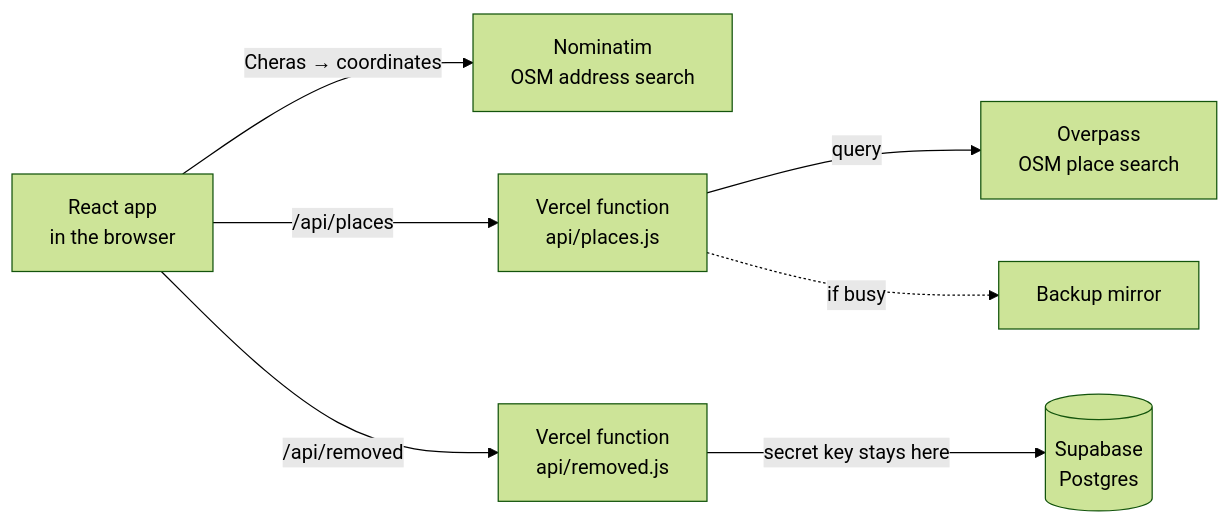
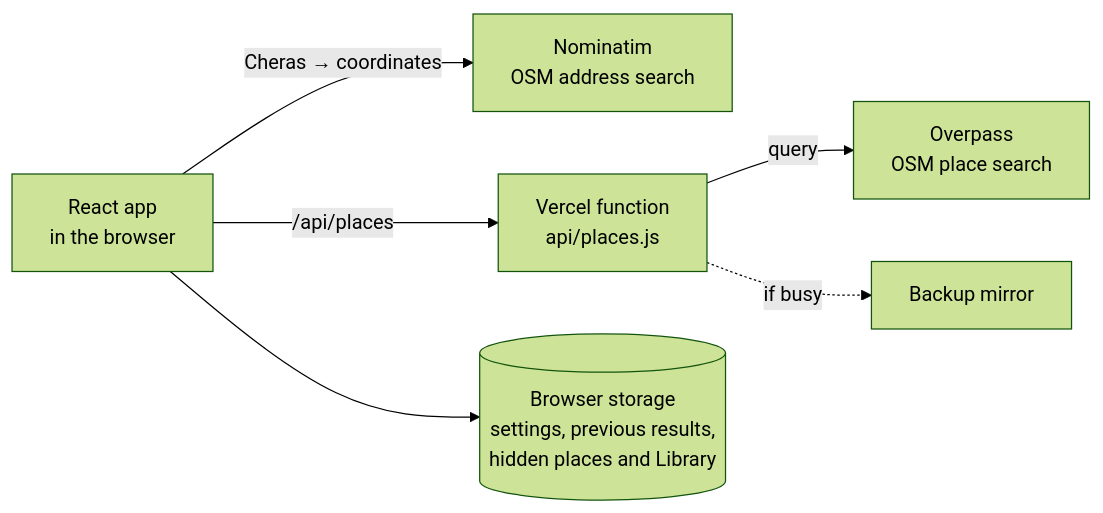
Before and after one commit to jimmyytai0619/makan-picker: the diagram in README.md, drawn with Mermaid (forest theme). The commit also changed other lines of this file and 38 other files, not shown here.

Commit message:
Improve search accuracy and fix swipe and saved-place flows

````diff
--- a/README.md
+++ b/README.md
@@ -37,9 +40,8 @@
 ```mermaid
 flowchart LR
   A[React app<br/>in the browser] -->|"Cheras" → coordinates| N[Nominatim<br/>OSM address search]
   A -->|/api/places| P[Vercel function<br/>api/places.js]
   P -->|query| O[Overpass<br/>OSM place search]
   P -.->|if busy| M[Backup mirror]
-  A -->|/api/removed| R[Vercel function<br/>api/removed.js]
-  R -->|secret key stays here| S[(Supabase<br/>Postgres)]
+  A --> L[(Browser storage<br/>settings, previous results,<br/>hidden places and Library)]
 ```
````
